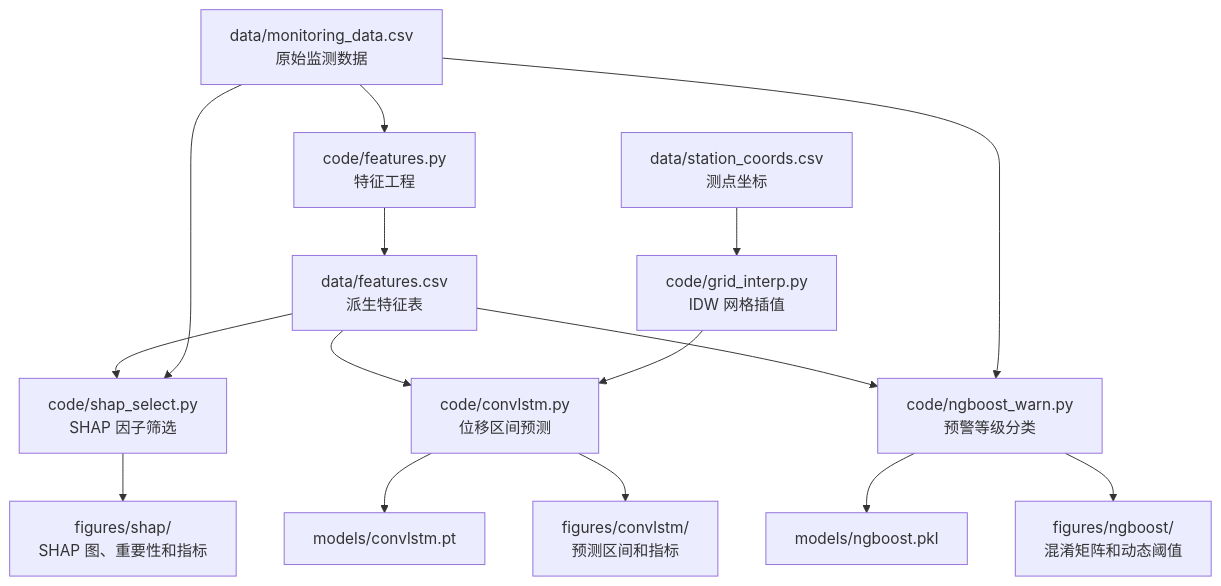
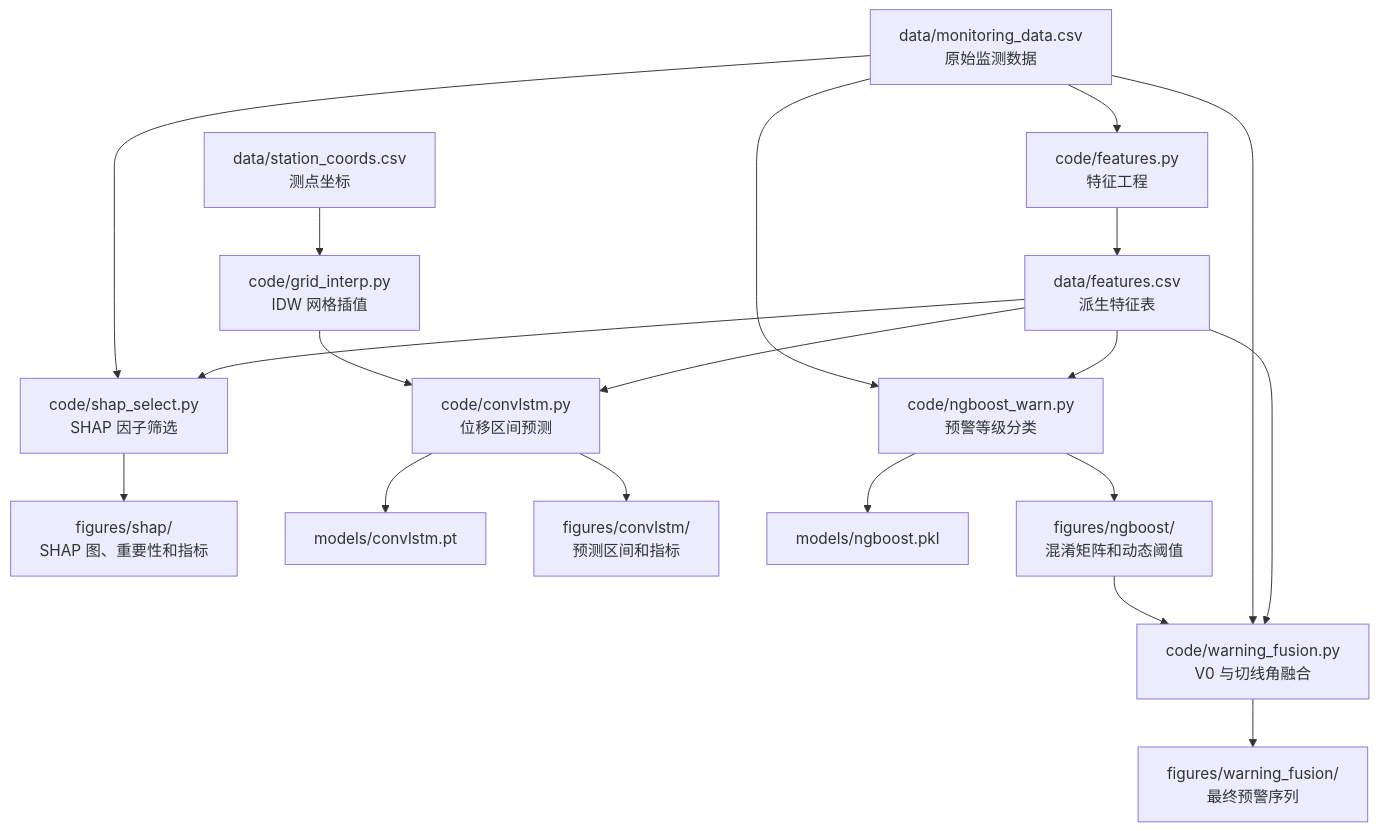
One commit to wcqqq1214/Landslide-Warning changed the diagram in README.md. Above: the diagram before and after it, drawn with Mermaid. The commit also changed other lines of this file and 28 other files, not shown here.

Commit message:
feat: establish auditable warning fusion baseline

````diff
--- a/README.md
+++ b/README.md
@@ -106,17 +116,21 @@
 ```mermaid
 flowchart TD
     A["data/monitoring_data.csv<br/>原始监测数据"] --> B["code/features.py<br/>特征工程"]
     B --> C["data/features.csv<br/>派生特征表"]
     C --> D["code/shap_select.py<br/>SHAP 因子筛选"]
     A --> D
     D --> E["figures/shap/<br/>SHAP 图、重要性和指标"]
     C --> F["code/convlstm.py<br/>位移区间预测"]
     G["data/station_coords.csv<br/>测点坐标"] --> H["code/grid_interp.py<br/>IDW 网格插值"]
     H --> F
     F --> I["models/convlstm.pt"]
     F --> J["figures/convlstm/<br/>预测区间和指标"]
     C --> K["code/ngboost_warn.py<br/>预警等级分类"]
     A --> K
     K --> L["models/ngboost.pkl"]
     K --> M["figures/ngboost/<br/>混淆矩阵和动态阈值"]
+    C --> N["code/warning_fusion.py<br/>V0 与切线角融合"]
+    A --> N
+    M --> N
+    N --> O["figures/warning_fusion/<br/>最终预警序列"]
 ```
````
